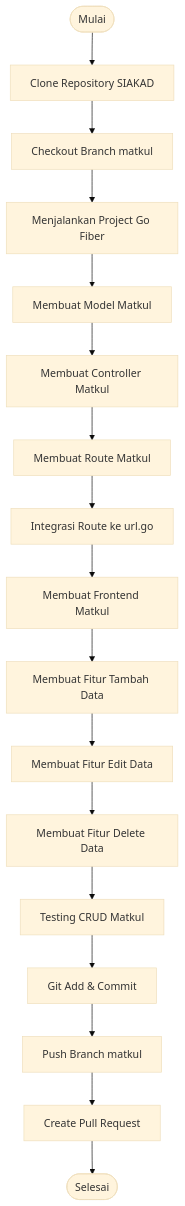
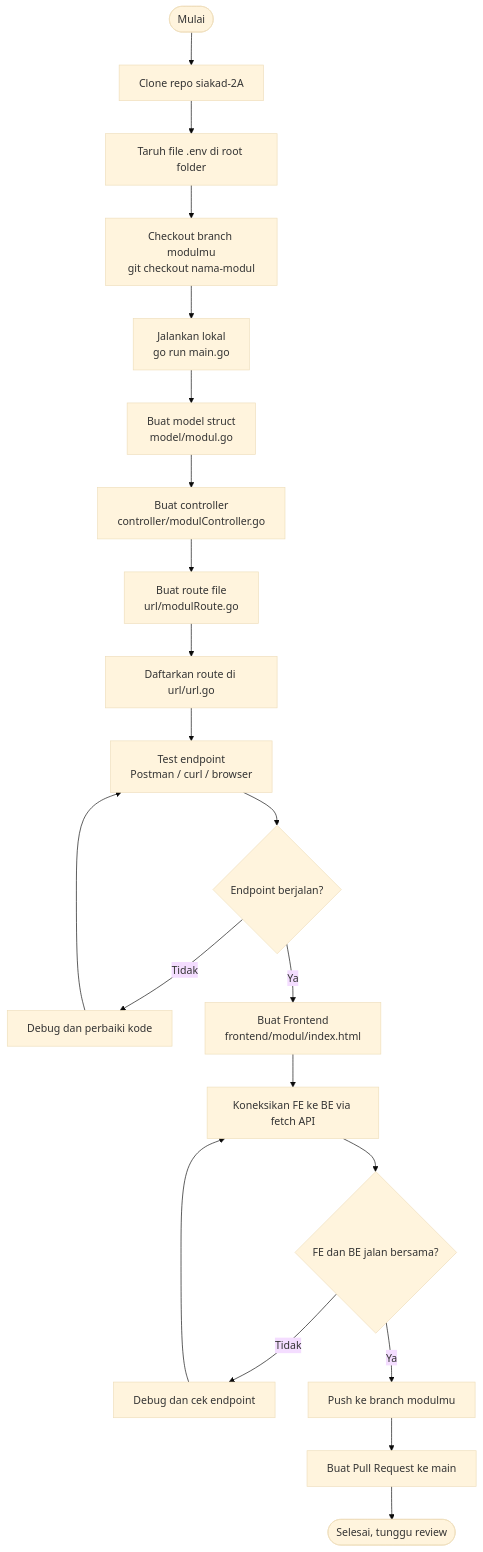
The second of 4 diagrams in README.md (24A-TI-ULBI/siakad-2A), drawn with Mermaid (base theme) before and after one commit. The commit also changed other lines of this file and 2 other files, not shown here.

Commit message:
feat(matkul): tambah field dosen,hari,jam,ruangan dan polish UI

````diff
--- a/README.md
+++ b/README.md
@@ -62,19 +558,23 @@
 ```mermaid
 flowchart TD
-    A([Mulai]) --> B[Clone Repository SIAKAD]
-    B --> C[Checkout Branch matkul]
-    C --> D[Menjalankan Project Go Fiber]
-    D --> E[Membuat Model Matkul]
-    E --> F[Membuat Controller Matkul]
-    F --> G[Membuat Route Matkul]
-    G --> H[Integrasi Route ke url.go]
-    H --> I[Membuat Frontend Matkul]
-    I --> J[Membuat Fitur Tambah Data]
-    J --> K[Membuat Fitur Edit Data]
-    K --> L[Membuat Fitur Delete Data]
-    L --> M[Testing CRUD Matkul]
-    M --> N[Git Add & Commit]
-    N --> O[Push Branch matkul]
-    O --> P[Create Pull Request]
-    P --> Q([Selesai])
+    A([Mulai]) --> B[Clone repo siakad-2A]
+    B --> C[Taruh file .env di root folder]
+    C --> D[Checkout branch modulmu\ngit checkout nama-modul]
+    D --> E[Jalankan lokal\ngo run main.go]
+    E --> F[Buat model struct\nmodel/modul.go]
+    F --> G[Buat controller\ncontroller/modulController.go]
+    G --> H[Buat route file\nurl/modulRoute.go]
+    H --> I[Daftarkan route di url/url.go]
+    I --> J[Test endpoint\nPostman / curl / browser]
+    J --> K{Endpoint berjalan?}
+    K -- Tidak --> L[Debug dan perbaiki kode]
+    L --> J
+    K -- Ya --> M[Buat Frontend\nfrontend/modul/index.html]
+    M --> N[Koneksikan FE ke BE via fetch API]
+    N --> O{FE dan BE jalan bersama?}
+    O -- Tidak --> P[Debug dan cek endpoint]
+    P --> N
+    O -- Ya --> Q[Push ke branch modulmu]
+    Q --> R[Buat Pull Request ke main]
+    R --> S([Selesai, tunggu review])
 ```
````
